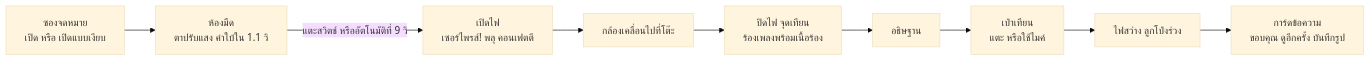
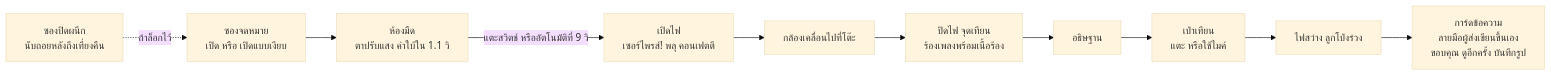
One commit to Gubbitkeytoday/hbd-3d-craft changed the first of 2 diagrams in README.md. Above: the diagram before and after it, drawn with Mermaid (base theme). The commit also changed other lines of this file and 18 other files, not shown here.

````diff
--- a/README.md
+++ b/README.md
@@ -97,11 +97,12 @@
 ```mermaid
 flowchart LR
+    L[ซองปิดผนึก<br>นับถอยหลังถึงเที่ยงคืน] -.->|ถ้าล็อกไว้| A
     A[ซองจดหมาย<br>เปิด หรือ เปิดแบบเงียบ] --> B[ห้องมืด<br>ตาปรับแสง คำใบ้ใน 1.1 วิ]
     B -->|แตะสวิตช์ หรืออัตโนมัติที่ 9 วิ| C[เปิดไฟ<br>เซอร์ไพรส์! พลุ คอนเฟตตี]
     C --> D[กล้องเคลื่อนไปที่โต๊ะ]
     D --> E[ปิดไฟ จุดเทียน<br>ร้องเพลงพร้อมเนื้อร้อง]
     E --> F[อธิษฐาน]
     F --> G[เป่าเทียน<br>แตะ หรือใช้ไมค์]
     G --> H[ไฟสว่าง ลูกโป่งร่วง]
-    H --> I[การ์ดข้อความ<br>ขอบคุณ ดูอีกครั้ง บันทึกรูป]
+    H --> I[การ์ดข้อความ<br>ลายมือผู้ส่งเขียนขึ้นเอง<br>ขอบคุณ ดูอีกครั้ง บันทึกรูป]
 ```
````
